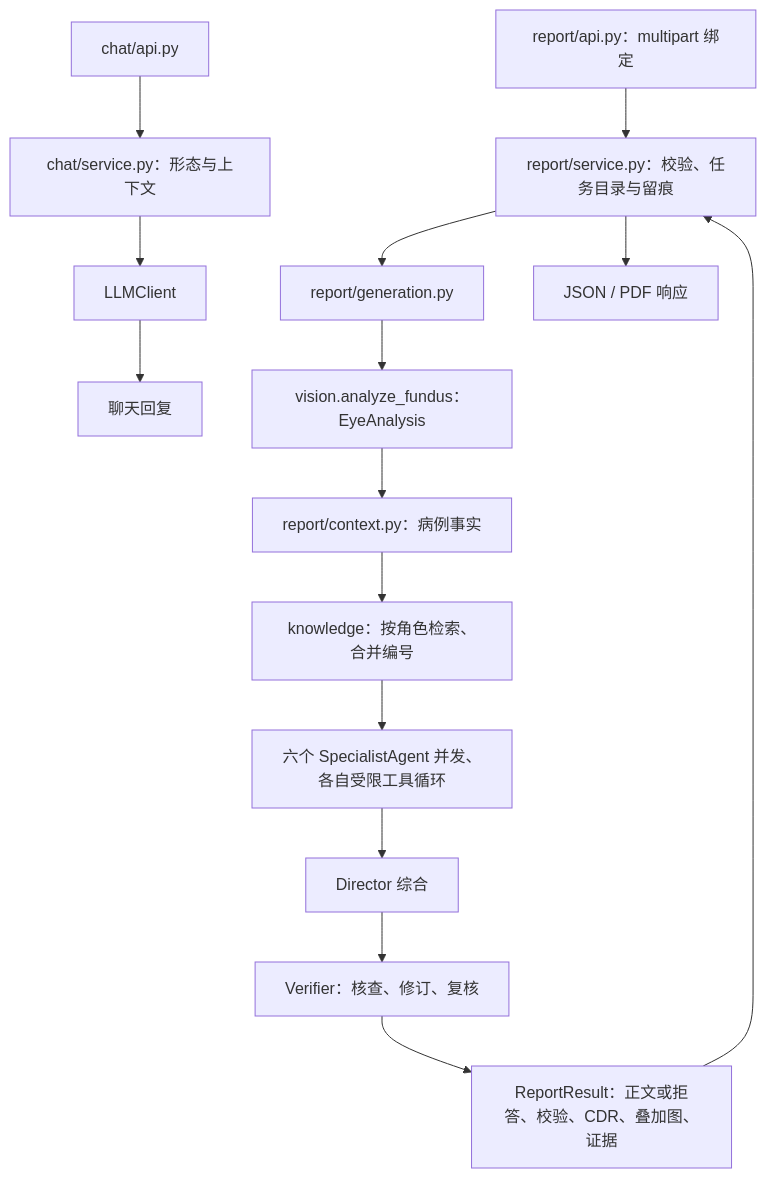
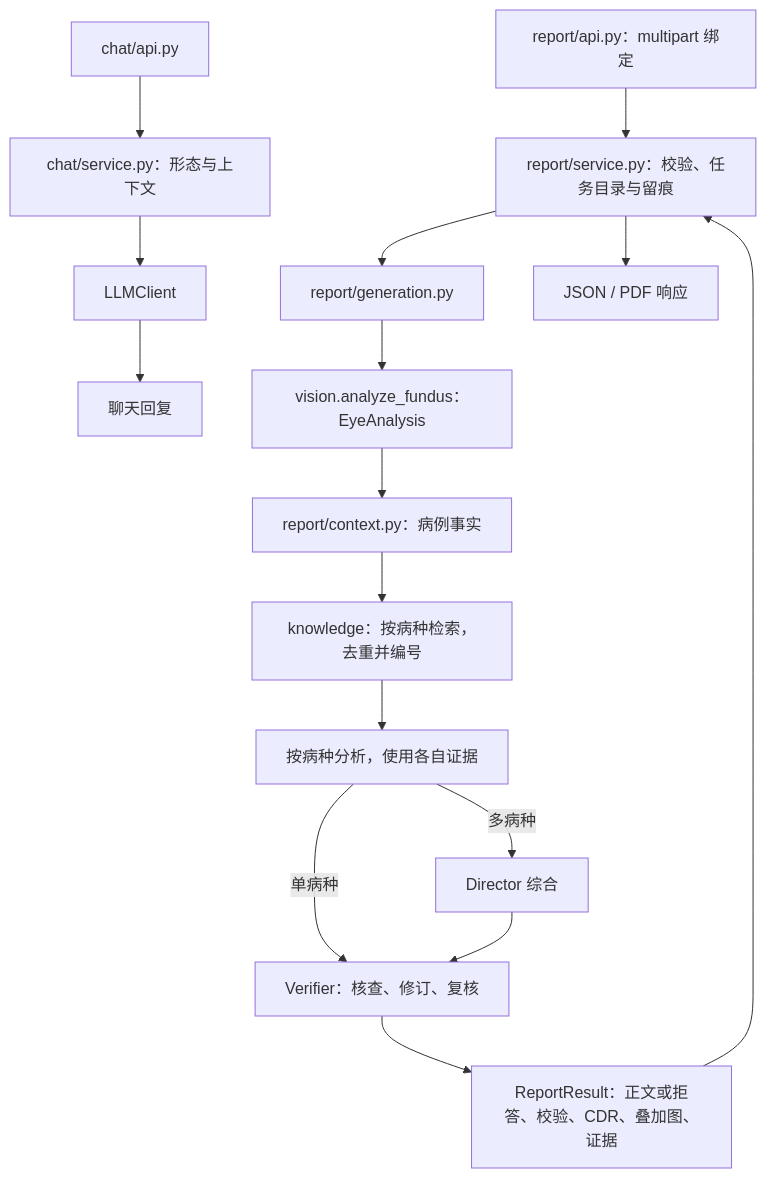
One commit to tpTwof/OcuPanel changed the diagram in backend/README.md. Above: the diagram before and after it, drawn with Mermaid. The commit also changed other lines of this file and 75 other files, not shown here.

````diff
--- a/backend/README.md
+++ b/backend/README.md
@@ -33,16 +33,17 @@
 ```mermaid
 flowchart TD
   Chat[chat/api.py] --> CS[chat/service.py：形态与上下文]
   CS --> L[LLMClient] --> Reply[聊天回复]
   R[report/api.py：multipart 绑定] --> RS[report/service.py：校验、任务目录与留痕]
   RS --> G[report/generation.py]
   G --> V[vision.analyze_fundus：EyeAnalysis]
   V --> C[report/context.py：病例事实]
-  C --> K[knowledge：按角色检索、合并编号]
-  K --> S[六个 SpecialistAgent 并发、各自受限工具循环]
-  S --> D[Director 综合]
+  C --> K[knowledge：按病种检索，去重并编号]
+  K --> S[按病种分析，使用各自证据]
+  S -->|多病种| D[Director 综合]
+  S -->|单病种| Q
   D --> Q[Verifier：核查、修订、复核]
   Q --> Result[ReportResult：正文或拒答、校验、CDR、叠加图、证据]
   Result --> RS
   RS --> Output[JSON / PDF 响应]
 ```
````
